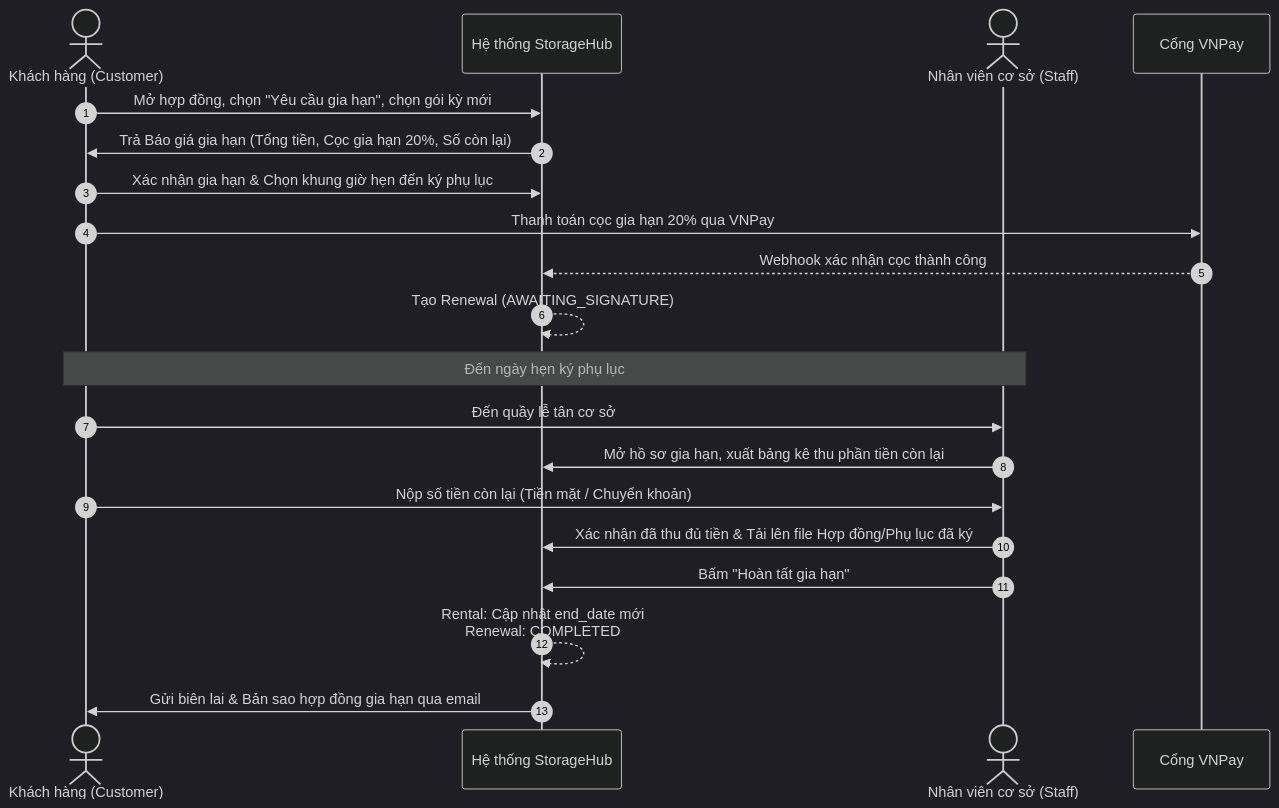
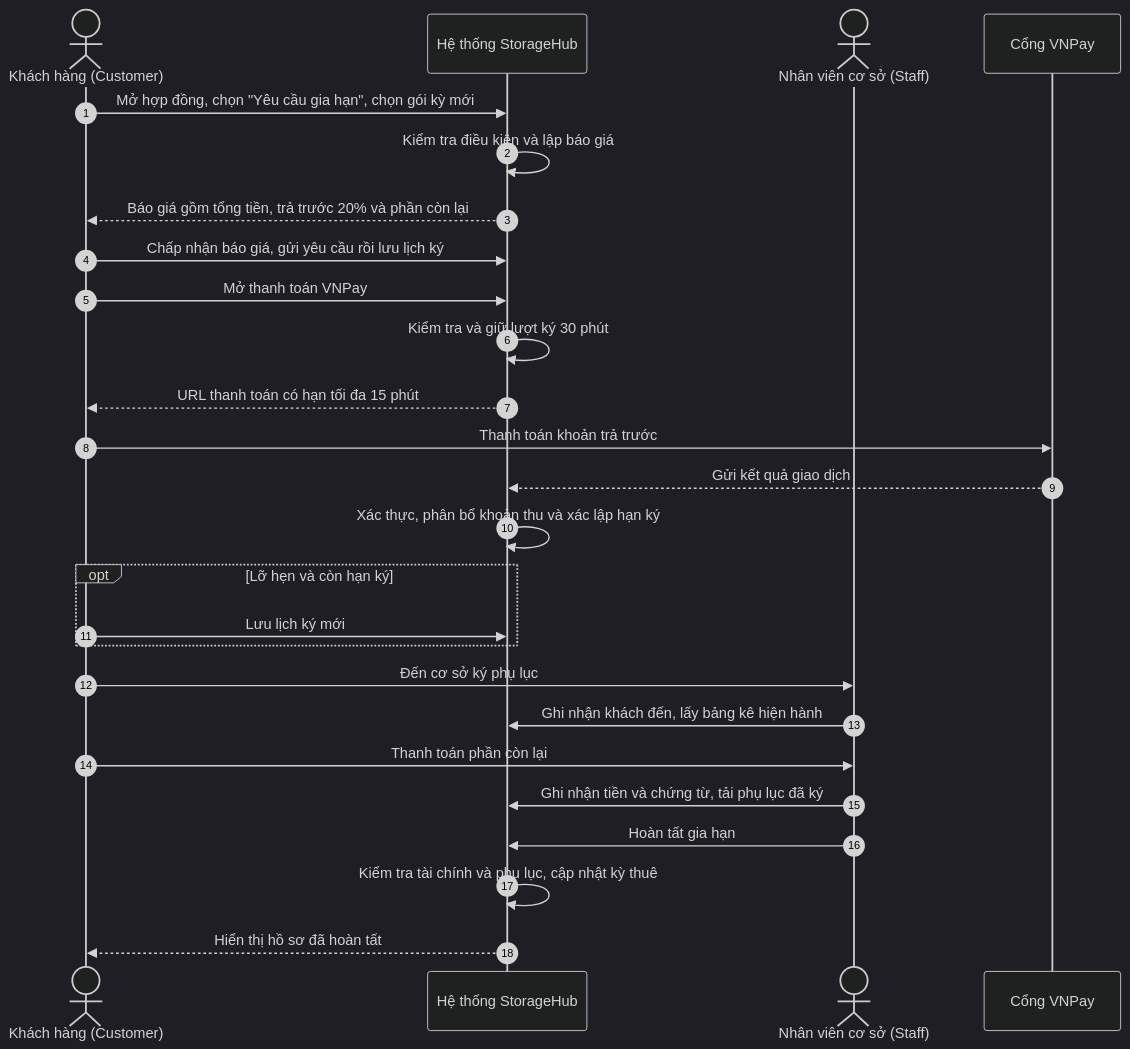
The third of 4 diagrams in docs/BUSINESS_FLOW_SPECIFICATION.md (self-storage-rental-management/self-storage-be), drawn with Mermaid (dark theme) before and after one commit. The commit also changed other lines of this file and 62 other files, not shown here.

Commit message:
feat(renewal): complete identity and notification flows

````diff
--- a/docs/BUSINESS_FLOW_SPECIFICATION.md
+++ b/docs/BUSINESS_FLOW_SPECIFICATION.md
@@ -135,24 +135,29 @@
 ```mermaid
 sequenceDiagram
     autonumber
     actor C as Khách hàng (Customer)
     participant SYS as Hệ thống StorageHub
     actor S as Nhân viên cơ sở (Staff)
     participant GW as Cổng VNPay
 
     C->>SYS: Mở hợp đồng, chọn "Yêu cầu gia hạn", chọn gói kỳ mới
-    SYS->>C: Trả Báo giá gia hạn (Tổng tiền, Cọc gia hạn 20%, Số còn lại)
-    C->>SYS: Xác nhận gia hạn & Chọn khung giờ hẹn đến ký phụ lục
-    C->>GW: Thanh toán cọc gia hạn 20% qua VNPay
-    GW-->>SYS: Webhook xác nhận cọc thành công
-    SYS-->>SYS: Tạo Renewal (AWAITING_SIGNATURE)
-
-    Note over C,S: Đến ngày hẹn ký phụ lục
-    C->>S: Đến quầy lễ tân cơ sở
-    S->>SYS: Mở hồ sơ gia hạn, xuất bảng kê thu phần tiền còn lại
-    C->>S: Nộp số tiền còn lại (Tiền mặt / Chuyển khoản)
-    S->>SYS: Xác nhận đã thu đủ tiền & Tải lên file Hợp đồng/Phụ lục đã ký
-    S->>SYS: Bấm "Hoàn tất gia hạn"
-    SYS-->>SYS: Rental: Cập nhật end_date mới<br/>Renewal: COMPLETED
-    SYS->>C: Gửi biên lai & Bản sao hợp đồng gia hạn qua email
+    SYS->>SYS: Kiểm tra điều kiện và lập báo giá
+    SYS-->>C: Báo giá gồm tổng tiền, trả trước 20% và phần còn lại
+    C->>SYS: Chấp nhận báo giá, gửi yêu cầu rồi lưu lịch ký
+    C->>SYS: Mở thanh toán VNPay
+    SYS->>SYS: Kiểm tra và giữ lượt ký 30 phút
+    SYS-->>C: URL thanh toán có hạn tối đa 15 phút
+    C->>GW: Thanh toán khoản trả trước
+    GW-->>SYS: Gửi kết quả giao dịch
+    SYS->>SYS: Xác thực, phân bổ khoản thu và xác lập hạn ký
+    opt Lỡ hẹn và còn hạn ký
+        C->>SYS: Lưu lịch ký mới
+    end
+    C->>S: Đến cơ sở ký phụ lục
+    S->>SYS: Ghi nhận khách đến, lấy bảng kê hiện hành
+    C->>S: Thanh toán phần còn lại
+    S->>SYS: Ghi nhận tiền và chứng từ, tải phụ lục đã ký
+    S->>SYS: Hoàn tất gia hạn
+    SYS->>SYS: Kiểm tra tài chính và phụ lục, cập nhật kỳ thuê
+    SYS-->>C: Hiển thị hồ sơ đã hoàn tất
 ```
````
